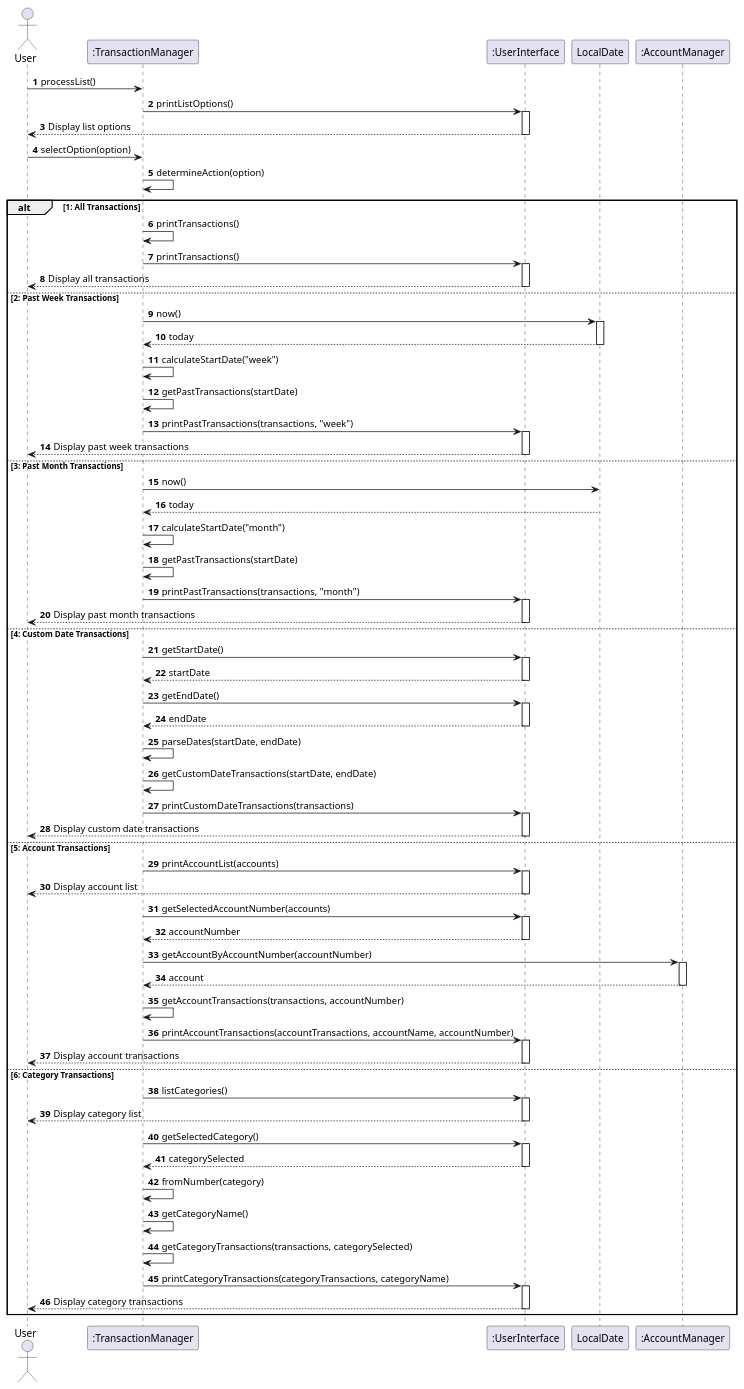
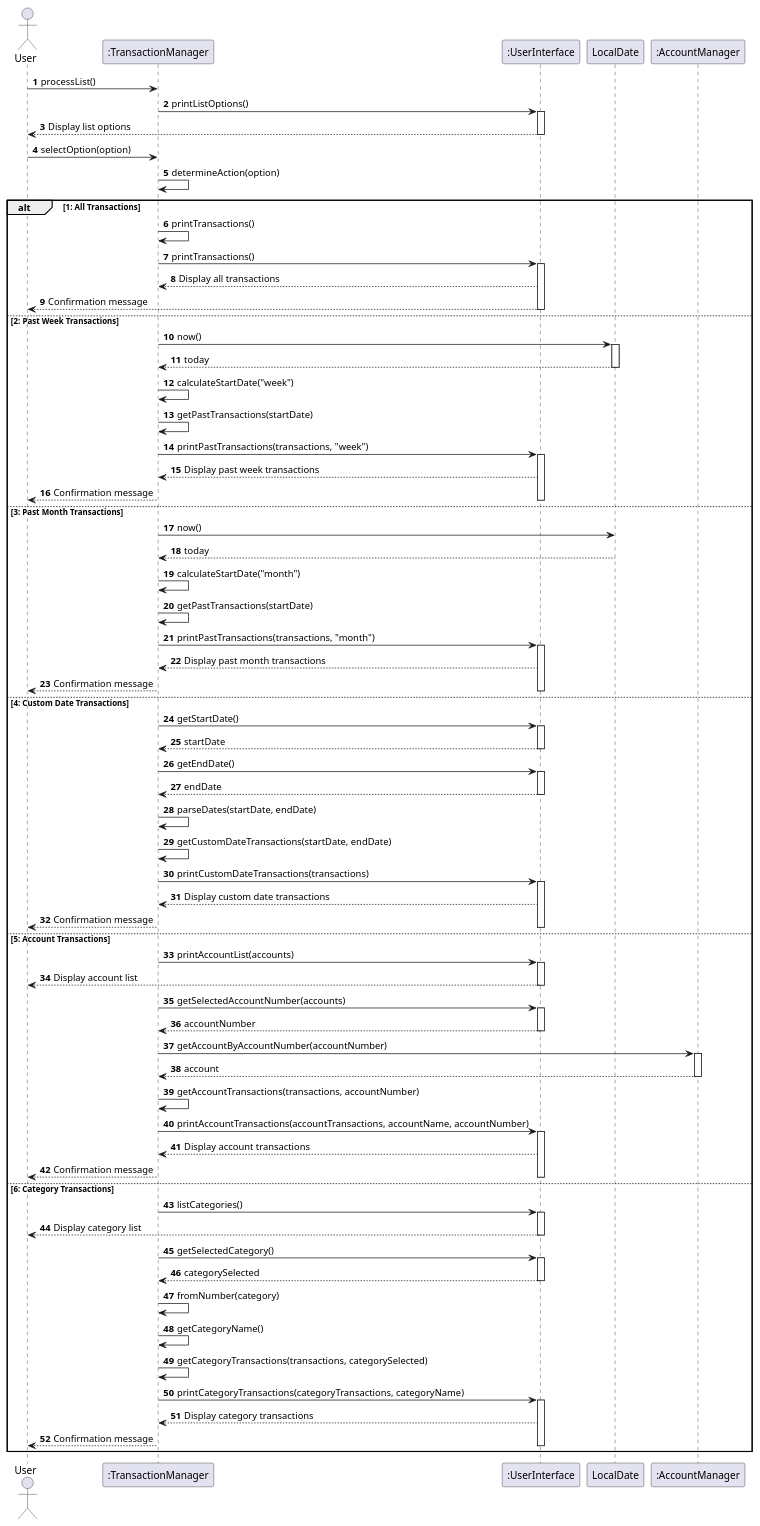
Before and after one commit to Vavinan/tp: the diagram in docs/diagrams/processList.puml, drawn with PlantUML. The commit also changed 7 other files, not shown here.

```diff
--- a/docs/diagrams/processList.puml
+++ b/docs/diagrams/processList.puml
@@ -1,96 +1,107 @@
 @startuml
 'https://plantuml.com/sequence-diagram
 
 autonumber
 
 actor User
 participant ":TransactionManager" as TM
 participant ":UserInterface" as UI
 participant "LocalDate" as LD
 participant ":AccountManager" as AM
 
 User -> TM: processList()
 TM -> UI: printListOptions()
 activate UI
 UI --> User: Display list options
 deactivate UI
 User -> TM: selectOption(option)
 TM -> TM: determineAction(option)
 
 alt 1: All Transactions
     TM -> TM: printTransactions()
     TM -> UI: printTransactions()
     activate UI
-    UI --> User: Display all transactions
+    UI --> TM: Display all transactions
+    UI --> User: Confirmation message
     deactivate UI
 else 2: Past Week Transactions
     TM -> LD: now()
     activate LD
     LD --> TM: today
     deactivate LD
     TM -> TM: calculateStartDate("week")
     TM -> TM: getPastTransactions(startDate)
     TM -> UI: printPastTransactions(transactions, "week")
     activate UI
-    UI --> User: Display past week transactions
+    UI --> TM: Display past week transactions
+    TM --> User: Confirmation message
+
     deactivate UI
 else 3: Past Month Transactions
     TM -> LD: now()
     LD --> TM: today
     TM -> TM: calculateStartDate("month")
     TM -> TM: getPastTransactions(startDate)
     TM -> UI: printPastTransactions(transactions, "month")
     activate UI
-    UI --> User: Display past month transactions
+    UI --> TM: Display past month transactions
+    TM --> User: Confirmation message
+
     deactivate UI
 else 4: Custom Date Transactions
     TM -> UI: getStartDate()
     activate UI
     UI --> TM: startDate
     deactivate UI
     TM -> UI: getEndDate()
     activate UI
     UI --> TM: endDate
     deactivate UI
     TM -> TM: parseDates(startDate, endDate)
     TM -> TM: getCustomDateTransactions(startDate, endDate)
     TM -> UI: printCustomDateTransactions(transactions)
     activate UI
-    UI --> User: Display custom date transactions
+    UI --> TM: Display custom date transactions
+    TM --> User: Confirmation message
+
     deactivate UI
 else 5: Account Transactions
     TM -> UI: printAccountList(accounts)
     activate UI
     UI --> User: Display account list
     deactivate UI
     TM -> UI: getSelectedAccountNumber(accounts)
     activate UI
     UI --> TM: accountNumber
     deactivate UI
     TM -> AM: getAccountByAccountNumber(accountNumber)
     activate AM
     AM --> TM: account
     deactivate AM
     TM -> TM: getAccountTransactions(transactions, accountNumber)
     TM -> UI: printAccountTransactions(accountTransactions, accountName, accountNumber)
     activate UI
-    UI ---> User: Display account transactions
+    UI ---> TM: Display account transactions
+    TM ---> User: Confirmation message
+
     deactivate UI
 else 6: Category Transactions
     TM -> UI: listCategories()
     activate UI
     UI --> User: Display category list
     deactivate UI
     TM -> UI: getSelectedCategory()
     activate UI
     UI --> TM: categorySelected
     deactivate UI
     TM -> TM: fromNumber(category)
     TM -> TM: getCategoryName()
     TM -> TM: getCategoryTransactions(transactions, categorySelected)
     TM -> UI: printCategoryTransactions(categoryTransactions, categoryName)
     activate UI
-    UI --> User: Display category transactions
+    UI --> TM: Display category transactions
+    TM --> User: Confirmation message
+
     deactivate UI
 end
 @enduml
```
